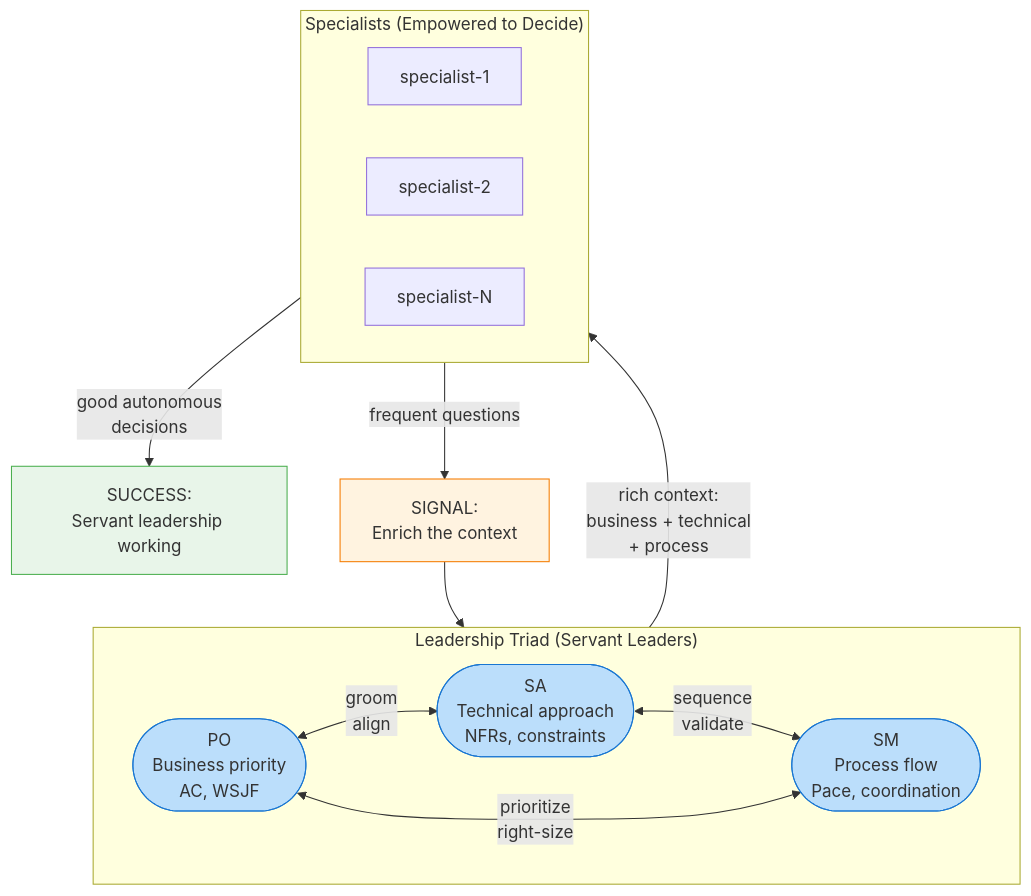
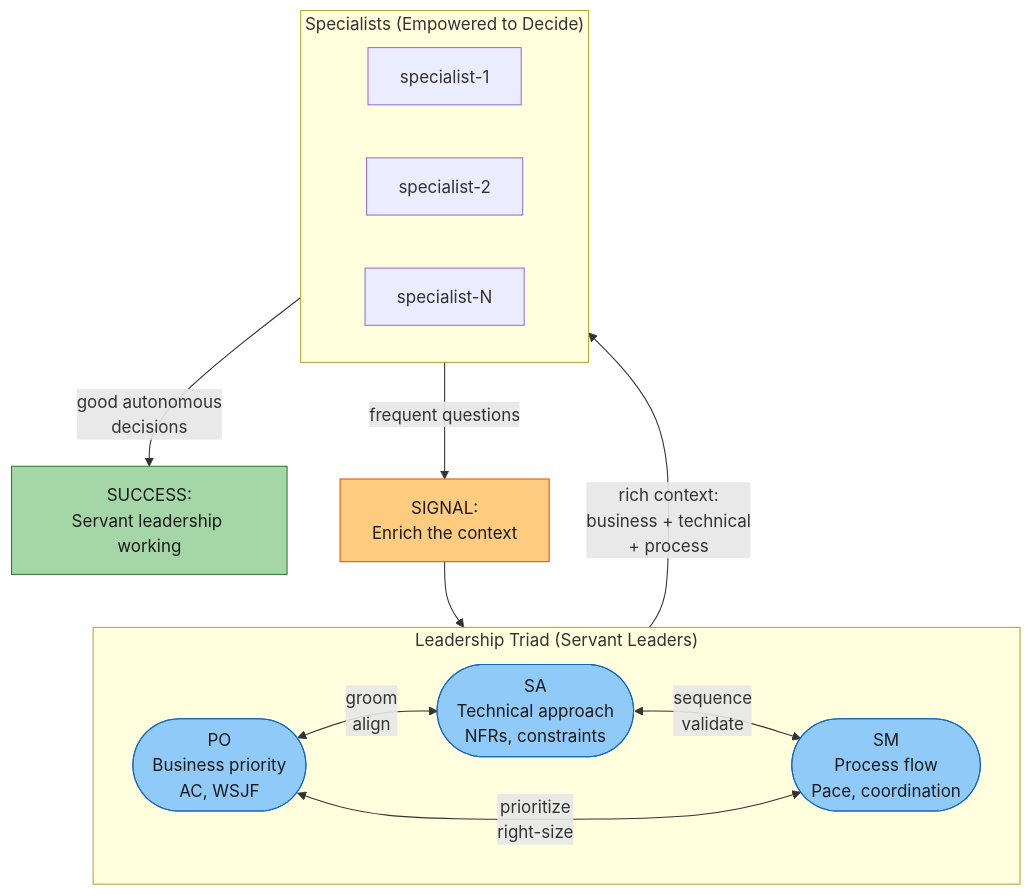
Diagram 11 of 20 in docs/COLLABORATION-MODEL.md (rdunie/venutian-antfarm), drawn with Mermaid before and after one commit. The commit also changed other lines of this file and 22 other files, not shown here.

````diff
--- a/docs/COLLABORATION-MODEL.md
+++ b/docs/COLLABORATION-MODEL.md
@@ -350,29 +352,29 @@
 ```mermaid
 flowchart TD
     subgraph Triad ["Leadership Triad (Servant Leaders)"]
         PO_T(["PO\nBusiness priority\nAC, WSJF"])
         SA_T(["SA\nTechnical approach\nNFRs, constraints"])
         SM_T(["SM\nProcess flow\nPace, coordination"])
 
         PO_T <-->|"groom\nalign"| SA_T
         SA_T <-->|"sequence\nvalidate"| SM_T
         PO_T <-->|"prioritize\nright-size"| SM_T
     end
 
     subgraph Team ["Specialists (Empowered to Decide)"]
         SP1["specialist-1"]
         SP2["specialist-2"]
         SP3["specialist-N"]
     end
 
     Triad -->|"rich context:\nbusiness + technical\n+ process"| Team
     Team -->|"good autonomous\ndecisions"| SUCCESS["SUCCESS:\nServant leadership working"]
     Team -->|"frequent questions"| ENRICH["SIGNAL:\nEnrich the context"]
     ENRICH --> Triad
 
-    style PO_T fill:#bbdefb,stroke:#1976D2
-    style SA_T fill:#bbdefb,stroke:#1976D2
-    style SM_T fill:#bbdefb,stroke:#1976D2
-    style SUCCESS fill:#e8f5e9,stroke:#4CAF50
-    style ENRICH fill:#fff3e0,stroke:#F57C00
+    style PO_T fill:#90caf9,stroke:#1565c0,color:#1a1a1a
+    style SA_T fill:#90caf9,stroke:#1565c0,color:#1a1a1a
+    style SM_T fill:#90caf9,stroke:#1565c0,color:#1a1a1a
+    style SUCCESS fill:#a5d6a7,stroke:#2e7d32,color:#1a1a1a
+    style ENRICH fill:#ffcc80,stroke:#e65100,color:#1a1a1a
 ```
````
